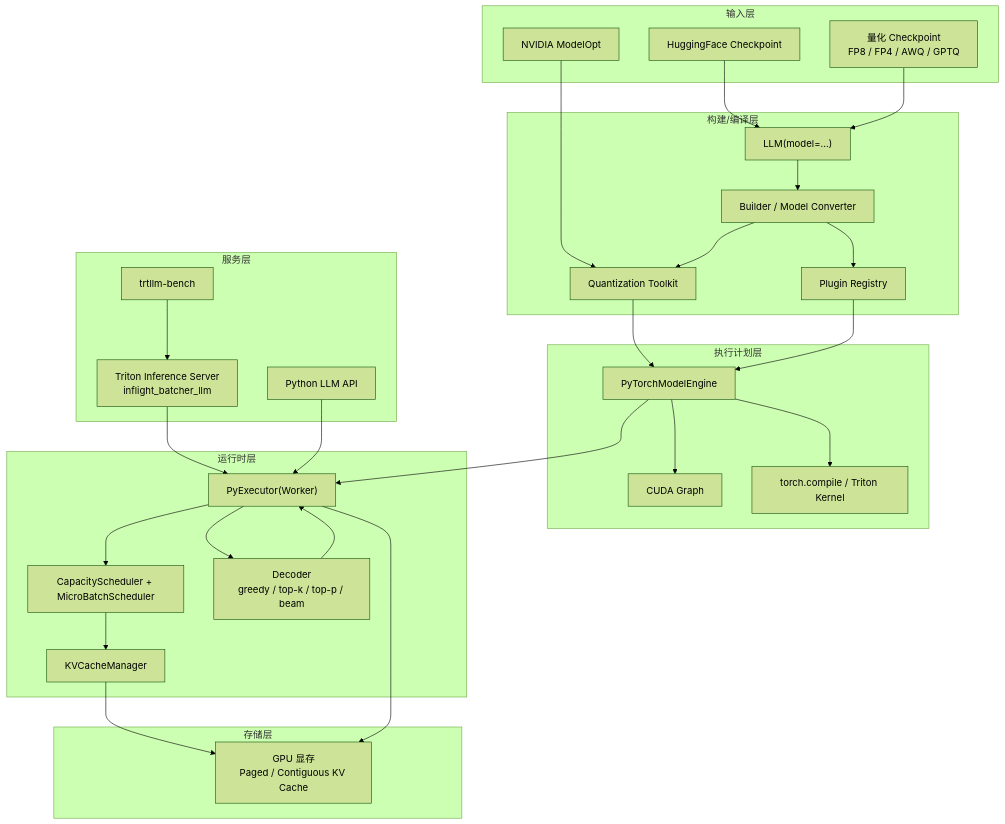
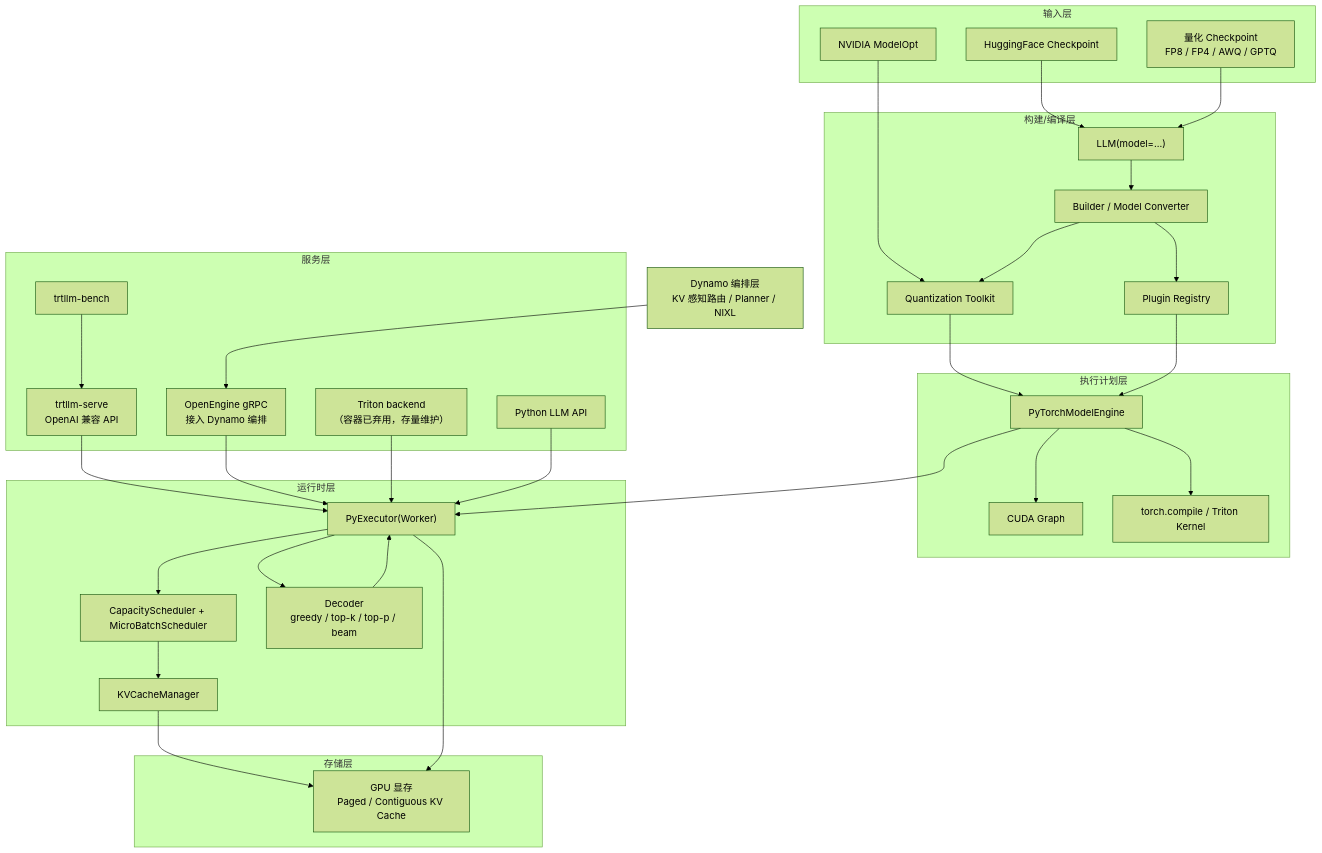
The diagram in docs/04-llmops/tensorrt-llm/03-architecture.md (cypggs/AI_Infra_Handbook), drawn with Mermaid (forest theme) before and after one commit. The commit also changed other lines of this file and 10 other files, not shown here.

Commit message:
更新 TensorRT-LLM 主题至 2026-10 最新技术：trtllm-serve/OpenEngine 新服务入口、KVCacheManager V2、Dynamo 分离式部署、1.2 stable/1.4 RC、Rubin 硬件代际、Triton backend 弃用

````diff
--- a/docs/04-llmops/tensorrt-llm/03-architecture.md
+++ b/docs/04-llmops/tensorrt-llm/03-architecture.md
@@ -7,59 +7,64 @@
 ```mermaid
 flowchart TB
     subgraph Input["输入层"]
         HF[HuggingFace Checkpoint]
         Quant[量化 Checkpoint<br/>FP8 / FP4 / AWQ / GPTQ]
         ModelOpt[NVIDIA ModelOpt]
     end
 
     subgraph Build["构建/编译层"]
         LLM_API["LLM(model=...)"]
         Builder["Builder / Model Converter"]
         Quantize["Quantization Toolkit"]
         Plugins["Plugin Registry"]
     end
 
     subgraph Engine["执行计划层"]
         PTE["PyTorchModelEngine"]
         CUDA_Graph["CUDA Graph"]
         Compile["torch.compile / Triton Kernel"]
     end
 
     subgraph Runtime["运行时层"]
         Executor["PyExecutor(Worker)"]
         Scheduler["CapacityScheduler + MicroBatchScheduler"]
         KV["KVCacheManager"]
         Decoder["Decoder<br/>greedy / top-k / top-p / beam"]
     end
 
     subgraph Serving["服务层"]
-        Triton["Triton Inference Server<br/>inflight_batcher_llm"]
+        Serve["trtllm-serve<br/>OpenAI 兼容 API"]
+        OpenEngine["OpenEngine gRPC<br/>接入 Dynamo 编排"]
+        Triton["Triton backend<br/>（容器已弃用，存量维护）"]
         LLM_Python["Python LLM API"]
         Bench["trtllm-bench"]
     end
 
     subgraph Storage["存储层"]
         GPU["GPU 显存<br/>Paged / Contiguous KV Cache"]
     end
 
     HF --> LLM_API
     Quant --> LLM_API
     ModelOpt --> Quantize
     LLM_API --> Builder
     Builder --> Quantize
     Builder --> Plugins
     Quantize --> PTE
     Plugins --> PTE
     PTE --> CUDA_Graph
     PTE --> Compile
     PTE --> Executor
     Executor --> Scheduler
     Executor --> Decoder
     Scheduler --> KV
     KV --> GPU
     Executor --> GPU
     Decoder --> Executor
+    Serve --> Executor
+    OpenEngine --> Executor
     Triton --> Executor
     LLM_Python --> Executor
-    Bench --> Triton
+    Bench --> Serve
+    Dynamo[Dynamo 编排层<br/>KV 感知路由 / Planner / NIXL] --> OpenEngine
 ```
````
